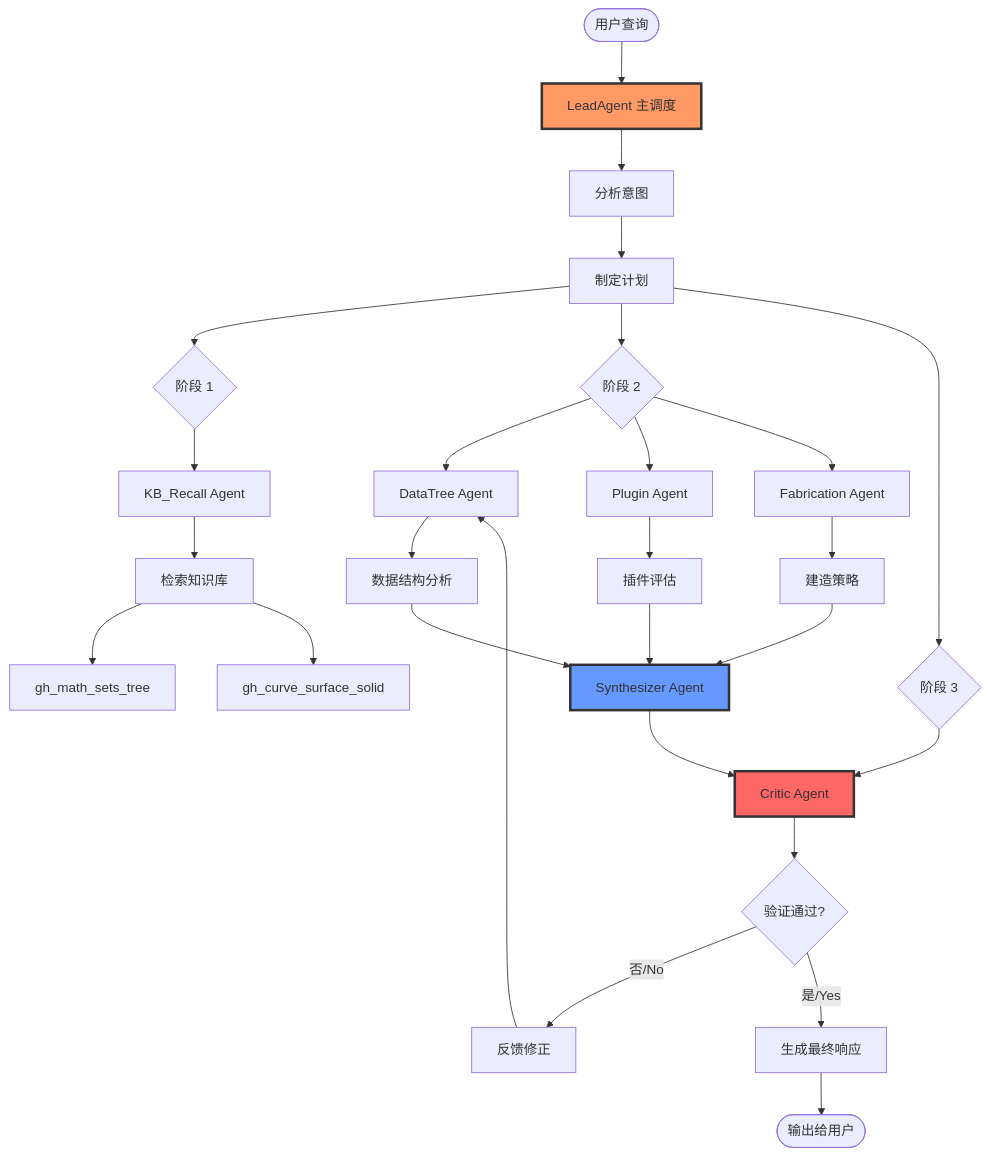
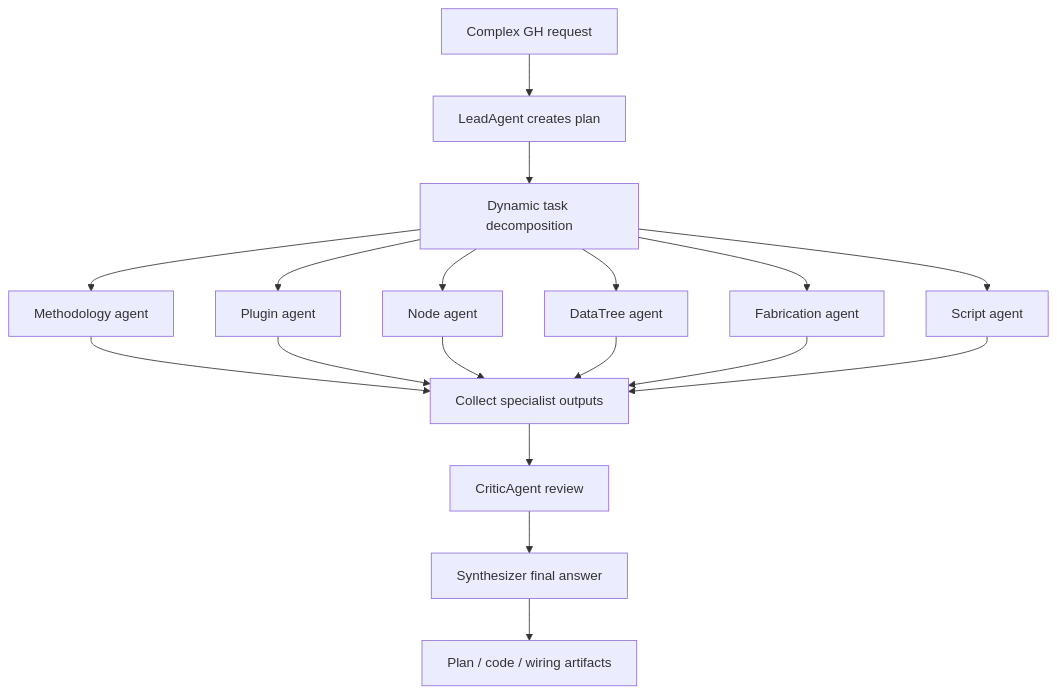
The fourth of 6 diagrams in DATA-FLOW.md (yui277/GH-AI-helper), drawn with Mermaid before and after one commit. The commit also changed other lines of this file and 9 other files, not shown here.

Commit message:
docs: refine public technical architecture

````diff
--- a/DATA-FLOW.md
+++ b/DATA-FLOW.md
@@ -202,42 +92,20 @@
 ```mermaid
-graph TB
-    UserQuery([用户查询]) --> Lead[LeadAgent 主调度]
-    
-    Lead --> Analyze[分析意图]
-    Analyze --> Plan[制定计划]
-    
-    Plan --> P1{阶段 1}
-    Plan --> P2{阶段 2}
-    Plan --> P3{阶段 3}
-    
-    P1 --> KB_Agent[KB_Recall Agent]
-    KB_Agent --> Search[检索知识库]
-    Search --> K1[gh_math_sets_tree]
-    Search --> K2[gh_curve_surface_solid]
-    
-    P2 --> Expert1[DataTree Agent]
-    P2 --> Expert2[Plugin Agent]
-    P2 --> Expert3[Fabrication Agent]
-    
-    Expert1 --> E1[数据结构分析]
-    Expert2 --> E2[插件评估]
-    Expert3 --> E3[建造策略]
-    
-    E1 --> Aggregate[Synthesizer Agent]
-    E2 --> Aggregate
-    E3 --> Aggregate
-    
-    P3 --> Critic[Critic Agent]
-    Aggregate --> Critic
-    
-    Critic --> Validate{验证通过?}
-    Validate -->|否/No| Feedback[反馈修正]
-    Feedback --> Expert1
-    
-    Validate -->|是/Yes| Final[生成最终响应]
-    Final --> Output([输出给用户])
-    
-    style Lead fill:#f96,stroke:#333,stroke-width:3px
-    style Aggregate fill:#69f,stroke:#333,stroke-width:3px
-    style Critic fill:#f66,stroke:#333,stroke-width:3px
+flowchart TD
+    Input[Complex GH request] --> Lead[LeadAgent creates plan]
+    Lead --> Tasks[Dynamic task decomposition]
+    Tasks --> M[Methodology agent]
+    Tasks --> P[Plugin agent]
+    Tasks --> N[Node agent]
+    Tasks --> D[DataTree agent]
+    Tasks --> F[Fabrication agent]
+    Tasks --> S[Script agent]
+    M --> Collect[Collect specialist outputs]
+    P --> Collect
+    N --> Collect
+    D --> Collect
+    F --> Collect
+    S --> Collect
+    Collect --> Critic[CriticAgent review]
+    Critic --> Synth[Synthesizer final answer]
+    Synth --> Artifact[Plan / code / wiring artifacts]
 ```
````
